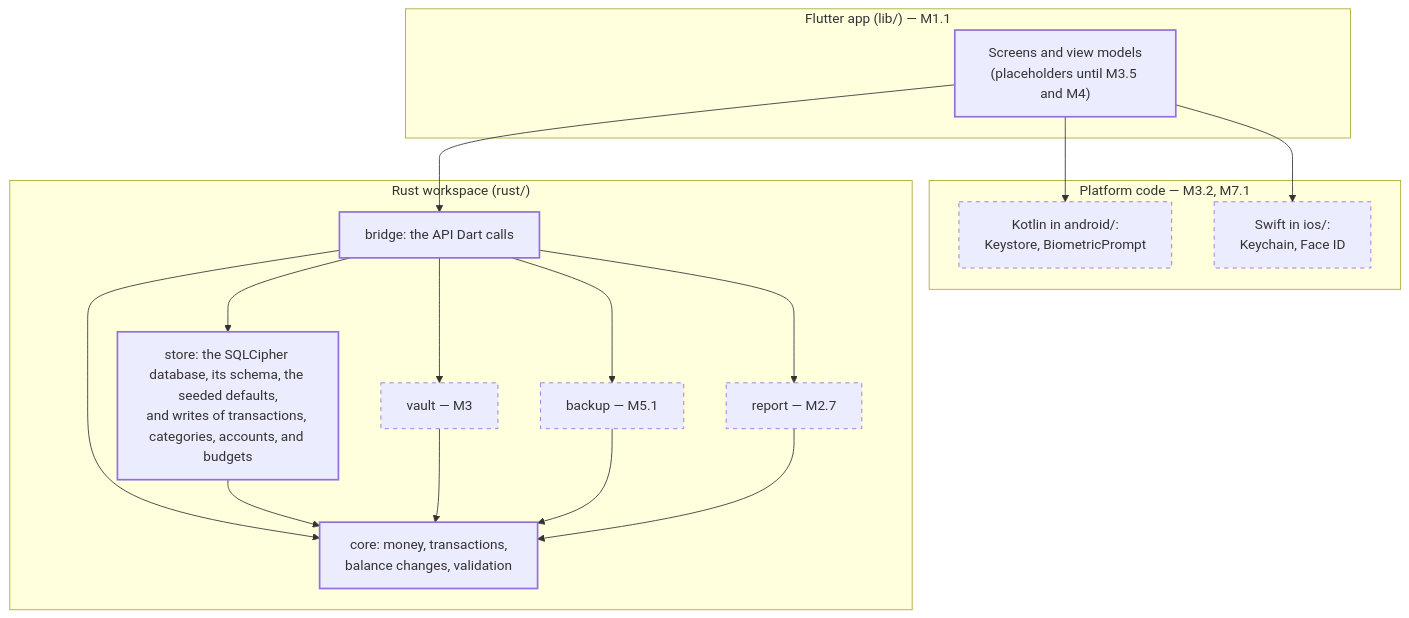
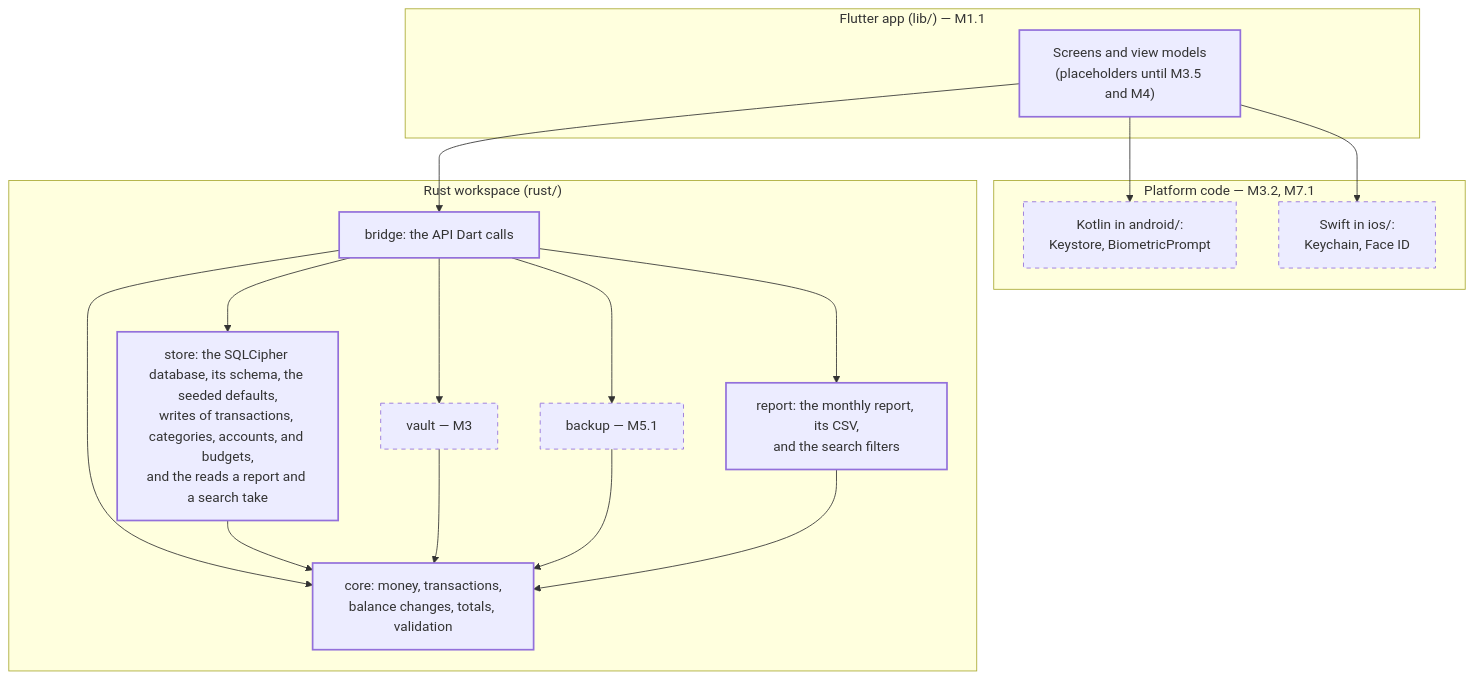
One commit to jabbott-iii/DenariiDolor changed the diagram in docs/01-architecture.md. Above: the diagram before and after it, drawn with Mermaid. The commit also changed other lines of this file and 38 other files, not shown here.

````diff
--- a/docs/01-architecture.md
+++ b/docs/01-architecture.md
@@ -30,35 +30,35 @@
 ```mermaid
 flowchart TB
     subgraph Dart["Flutter app (lib/) — M1.1"]
         UI["Screens and view models<br/>(placeholders until M3.5 and M4)"]
     end
     subgraph Native["Platform code — M3.2, M7.1"]
         KT["Kotlin in android/:<br/>Keystore, BiometricPrompt"]
         SW["Swift in ios/:<br/>Keychain, Face ID"]
     end
     subgraph Rust["Rust workspace (rust/)"]
         BR["bridge: the API Dart calls"]
-        ST["store: the SQLCipher database, its schema, the seeded defaults,<br/>and writes of transactions, categories, accounts, and budgets"]
+        ST["store: the SQLCipher database, its schema, the seeded defaults,<br/>writes of transactions, categories, accounts, and budgets,<br/>and the reads a report and a search take"]
         VA["vault — M3"]
         BK["backup — M5.1"]
-        RP["report — M2.7"]
-        CO["core: money, transactions,<br/>balance changes, validation"]
+        RP["report: the monthly report, its CSV,<br/>and the search filters"]
+        CO["core: money, transactions,<br/>balance changes, totals, validation"]
     end
     UI --> BR
     UI --> KT
     UI --> SW
     BR --> ST
     BR --> VA
     BR --> BK
     BR --> RP
     BR --> CO
     ST --> CO
     VA --> CO
     BK --> CO
     RP --> CO
 
     classDef built stroke-width:2px
     classDef planned stroke-dasharray: 5 5
-    class CO,UI,BR,ST built
-    class KT,SW,VA,BK,RP planned
+    class CO,UI,BR,ST,RP built
+    class KT,SW,VA,BK planned
 ```
````
